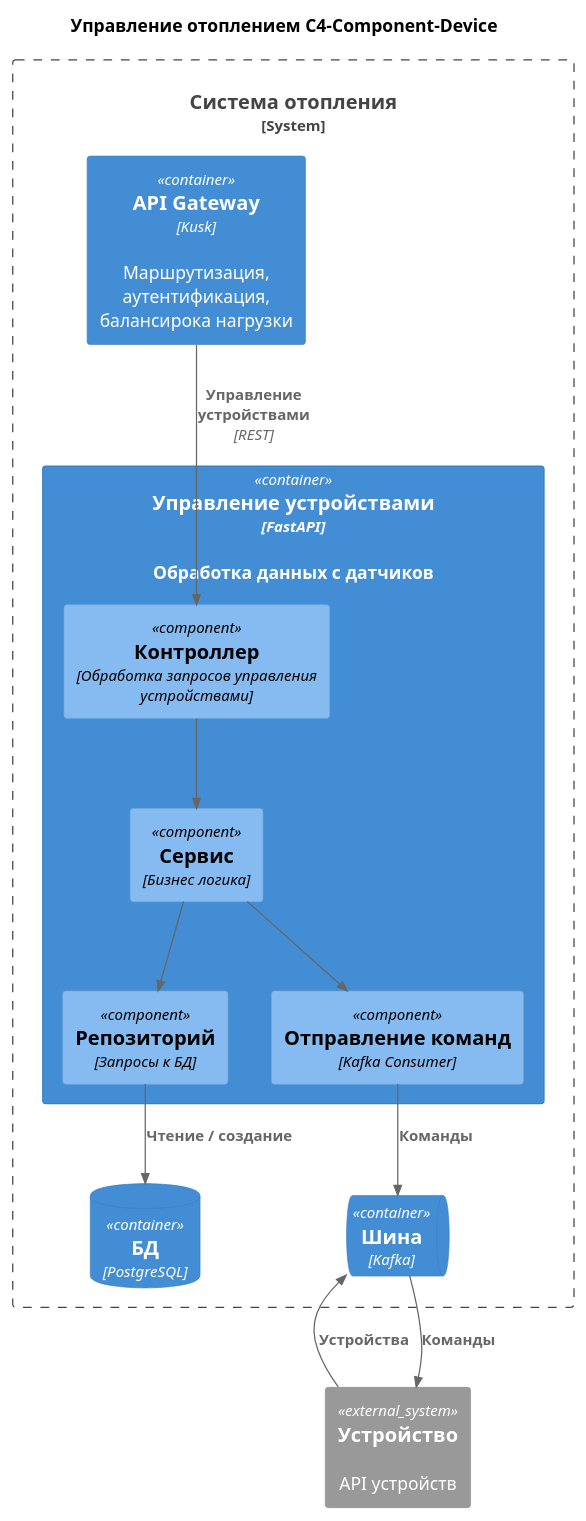
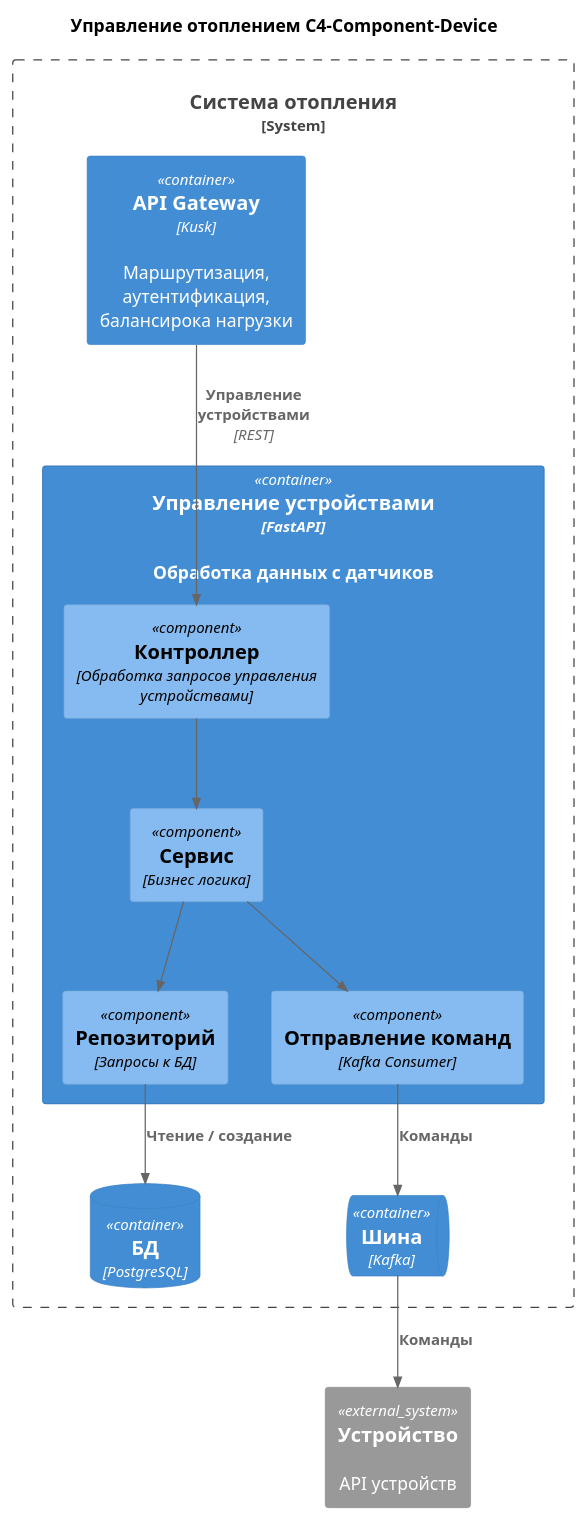
One commit to j8r41/arch-sprint-3 changed the diagram in schemas/task1-2-3-components-device.puml. Above: the diagram before and after it, drawn with PlantUML. The commit also changed 5 other files, not shown here.

```diff
--- a/schemas/task1-2-3-components-device.puml
+++ b/schemas/task1-2-3-components-device.puml
@@ -1,28 +1,27 @@
 @startuml Управление отоплением С4-Component-Device
 title Управление отоплением С4-Component-Device
 
 !include https://raw.githubusercontent.com/plantuml-stdlib/C4-PlantUML/master/C4_Component.puml
 
 
 System_Boundary(system, "Система отопления") {
     Container(apiGateway, "АPI Gateway", "Kusk", "Маршрутизация, аутентификация, балансирока нагрузки")
     Container(deviceService, "Управление устройствами", "FastAPI", "Обработка данных с датчиков") {
         Component(deviceController, "Контроллер", "Обработка запросов управления устройствами")
         Component(deviceLogic, "Сервис", "Бизнес логика")
         Component(deviceRepo, "Репозиторий", "Запросы к БД")
         Component(deviceCommandSender, "Отправление команд", "Kafka Consumer")
         Rel(deviceLogic, deviceCommandSender, "")
         Rel(deviceLogic, deviceRepo, "")
         Rel(deviceController, deviceLogic, "")
     }
     ContainerDb(deviceDb, "БД", "PostgreSQL")
     ContainerQueue(kafka, "Шина", "Kafka")
     Rel(apiGateway, deviceController, "Управление устройствами", "REST")
     Rel(deviceCommandSender, kafka, "Команды")
 }
 System_Ext(device, "Устройство", "API устройств", )
 Rel(kafka, device, "Команды")
-Rel(device, kafka, "Устройства")
 Rel(deviceRepo, deviceDb, "Чтение / создание")
 
 @enduml
```
